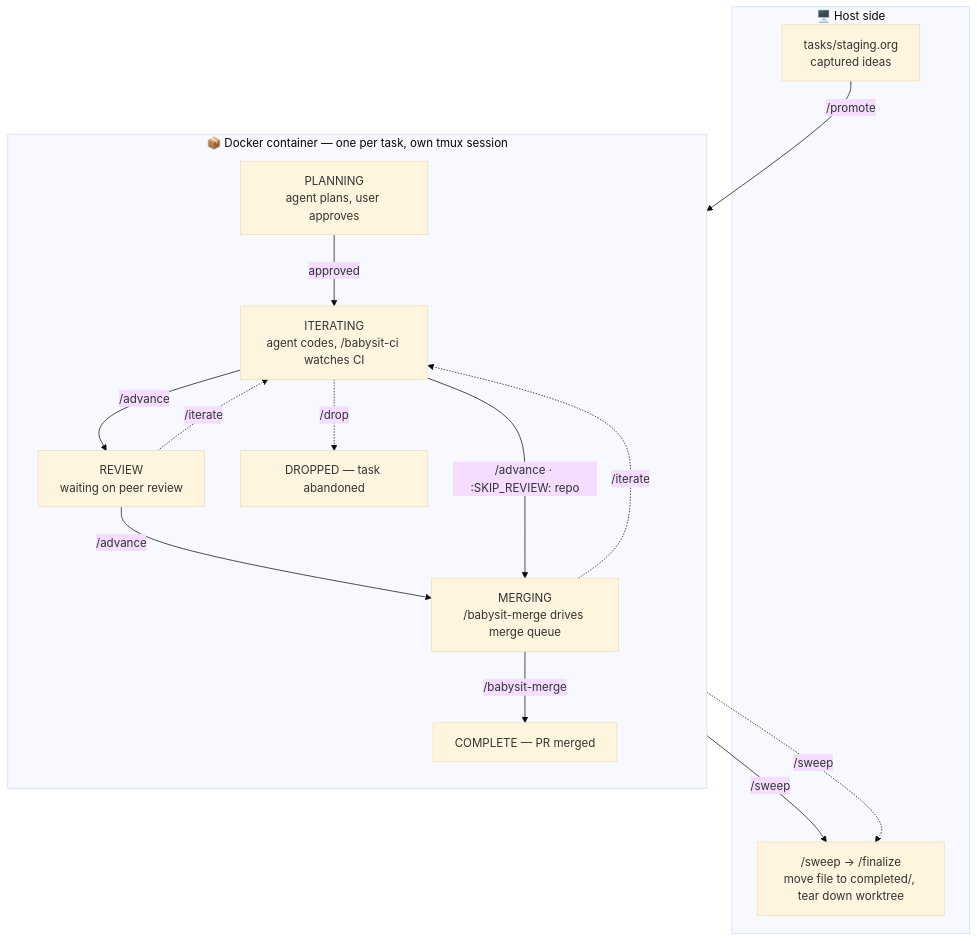
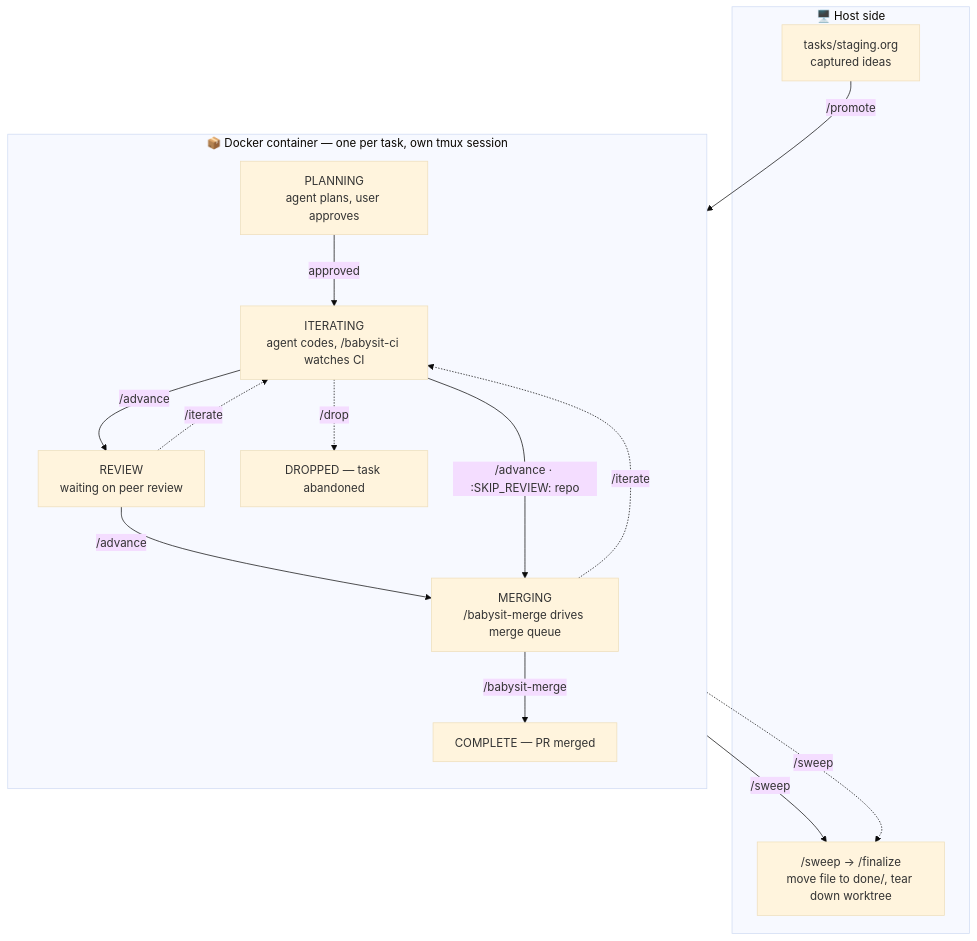
Before and after one commit to tildesrc/cloude-cade: the diagram in README.md, drawn with Mermaid (base theme). The commit also changed other lines of this file and 9 other files, not shown here.

First line of the commit message:
Replace separate completed/dropped directories w/ a common tasks/done/ directory (#49)

````diff
--- a/README.md
+++ b/README.md
@@ -73,30 +73,30 @@
 ```mermaid
 flowchart TD
     subgraph host["🖥️  Host side"]
         STAGING["tasks/staging.org<br/>captured ideas"]
-        CLEANUP["/sweep → /finalize<br/>move file to completed/, tear down worktree"]
+        CLEANUP["/sweep → /finalize<br/>move file to done/, tear down worktree"]
     end
 
     subgraph container["📦  Docker container — one per task, own tmux session"]
         direction TB
         PLANNING["PLANNING<br/>agent plans, user approves"]
         ITERATING["ITERATING<br/>agent codes, /babysit-ci watches CI"]
         REVIEW["REVIEW<br/>waiting on peer review"]
         MERGING["MERGING<br/>/babysit-merge drives merge queue"]
         COMPLETE["COMPLETE — PR merged"]
         DROPPED["DROPPED — task abandoned"]
     end
 
     STAGING -->|"/promote"| PLANNING
     PLANNING -->|"approved"| ITERATING
     ITERATING -->|"/advance"| REVIEW
     REVIEW -->|"/advance"| MERGING
     ITERATING -->|"/advance · :SKIP_REVIEW: repo"| MERGING
     MERGING -->|"/babysit-merge"| COMPLETE
     COMPLETE -->|"/sweep"| CLEANUP
 
     REVIEW -.->|"/iterate"| ITERATING
     MERGING -.->|"/iterate"| ITERATING
     ITERATING -.->|"/drop"| DROPPED
     DROPPED -.->|"/sweep"| CLEANUP
 ```
````
